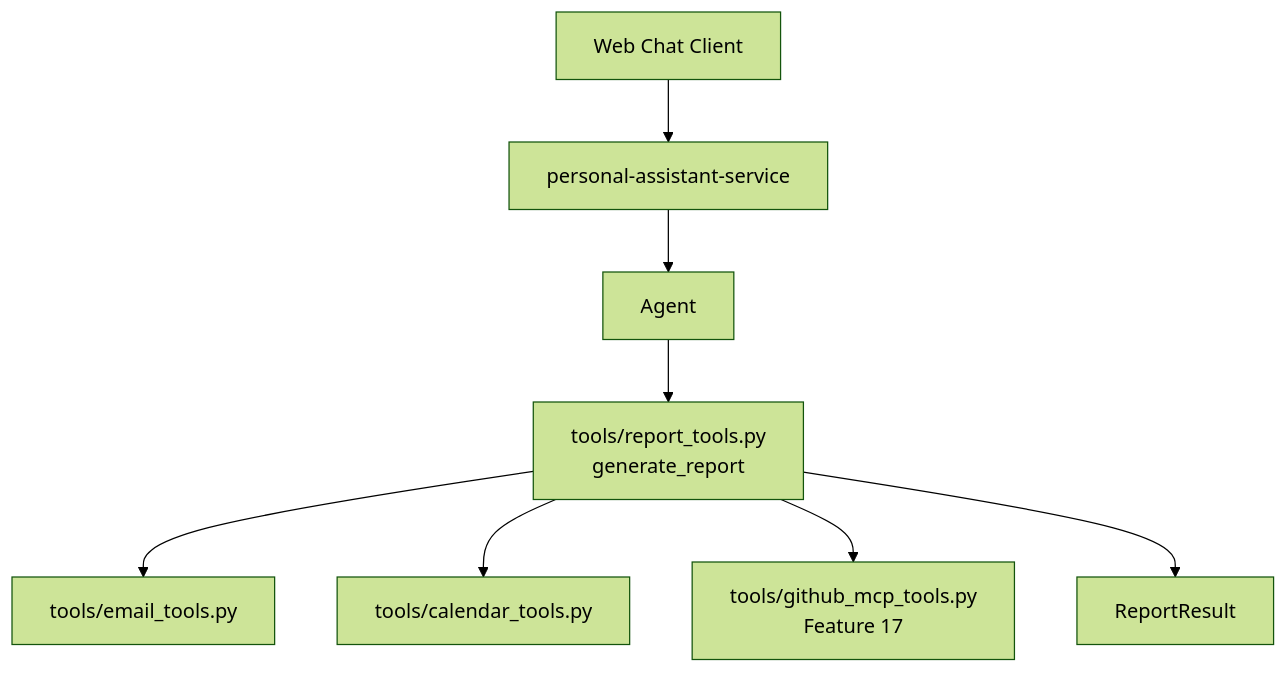
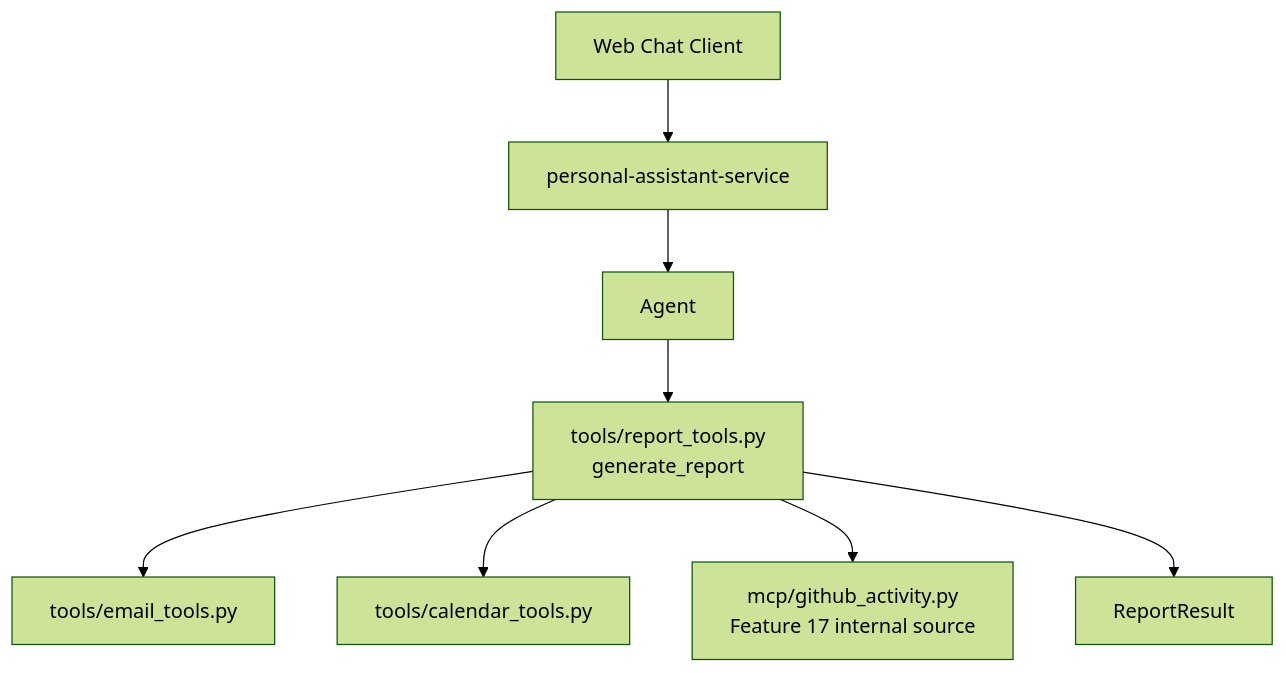
One commit to T-1009/personal-assistant changed the first of 2 diagrams in personal-assistant-meta/issues/features/backlog/feature-18-report-root-capability/plan.md. Above: the diagram before and after it, drawn with Mermaid (forest theme). The commit also changed other lines of this file and 3 other files, not shown here.

Commit message:
docs: expose curated GitHub activity tools

````diff
--- a/personal-assistant-meta/issues/features/backlog/feature-18-report-root-capability/plan.md
+++ b/personal-assistant-meta/issues/features/backlog/feature-18-report-root-capability/plan.md
@@ -63,19 +66,19 @@
 ```mermaid
 flowchart TB
     Client["Web Chat Client"]
     Service["personal-assistant-service"]
     Agent["Agent"]
     ReportTool["tools/report_tools.py<br/>generate_report"]
     EmailTools["tools/email_tools.py"]
     CalendarTools["tools/calendar_tools.py"]
-    GitHubSource["tools/github_mcp_tools.py<br/>Feature 17"]
+    GitHubSource["mcp/github_activity.py<br/>Feature 17 internal source"]
     ReportResult["ReportResult"]
 
     Client --> Service
     Service --> Agent
     Agent --> ReportTool
     ReportTool --> EmailTools
     ReportTool --> CalendarTools
     ReportTool --> GitHubSource
     ReportTool --> ReportResult
 ```
````
